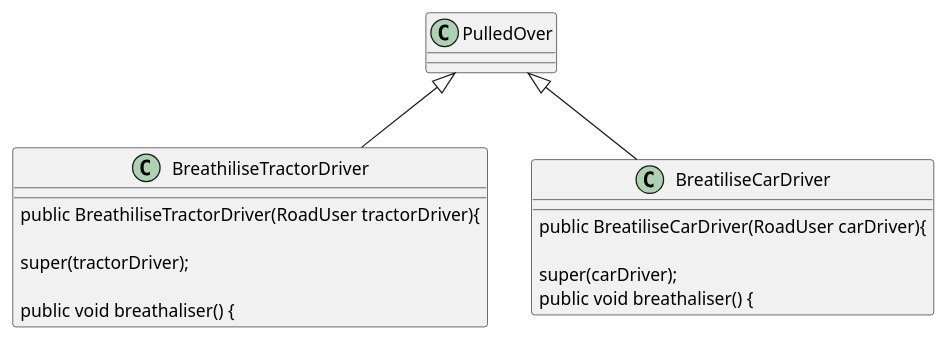
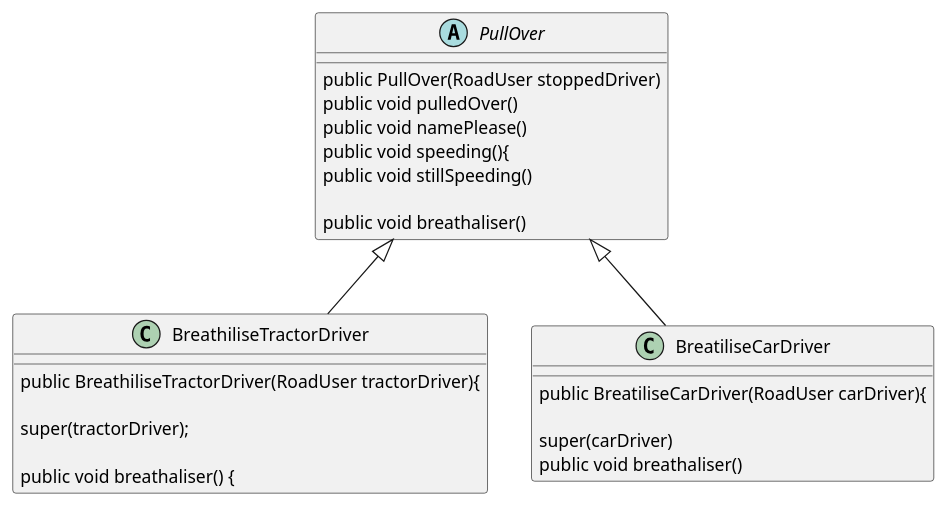
One commit to DeclanBU/Design_Patterns_Project changed the diagram in plantUmlDiagrams/Template.puml. Above: the diagram before and after it, drawn with PlantUML. The commit also changed 8 other files, not shown here.

```diff
--- a/plantUmlDiagrams/Template.puml
+++ b/plantUmlDiagrams/Template.puml
@@ -1,26 +1,44 @@
 @startuml
 
-class BreathiliseTractorDriver extends PulledOver{
+class BreathiliseTractorDriver extends PullOver{
 
     public BreathiliseTractorDriver(RoadUser tractorDriver){
 
         super(tractorDriver);
 
     public void breathaliser() {
 
 }
- class BreatiliseCarDriver extends PulledOver{
+ class BreatiliseCarDriver extends PullOver{
 
     public BreatiliseCarDriver(RoadUser carDriver){
 
-        super(carDriver);
+        super(carDriver)
 
 
-    public void breathaliser() {
+    public void breathaliser()
+
+}
+abstract class PullOver {
+
+
+    public PullOver(RoadUser stoppedDriver)
+
+
+    public void pulledOver()
 
 
 
 
+    public void namePlease()
+
+
+    public void speeding(){
+
+
+    public void stillSpeeding()
+
+    public void breathaliser()
 
 }
 @enduml
```
